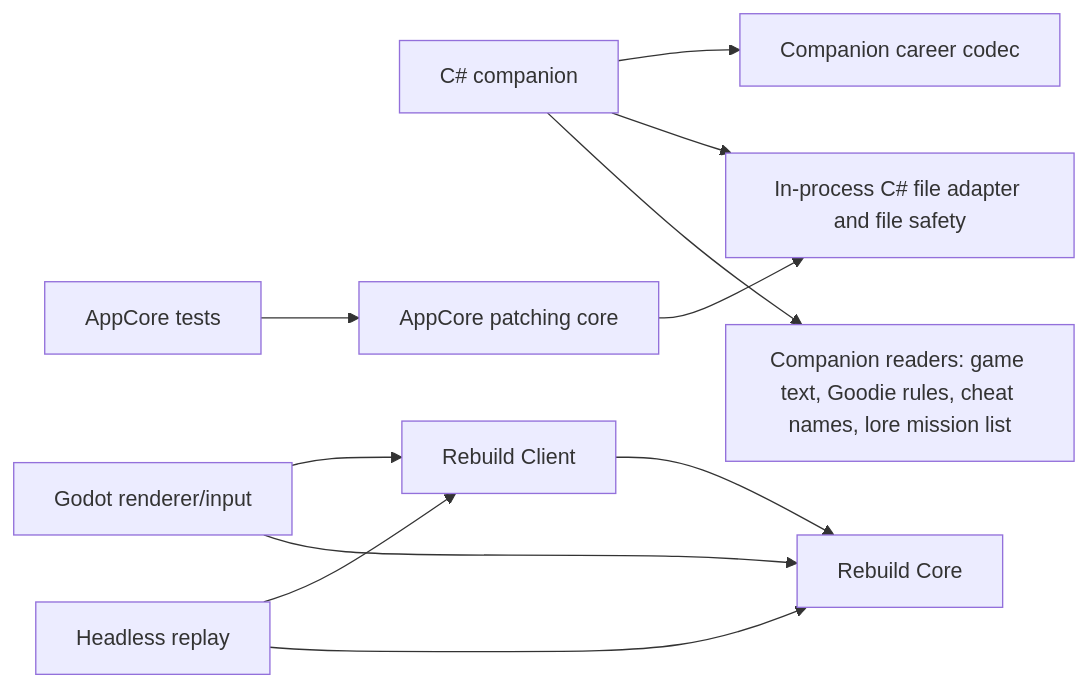
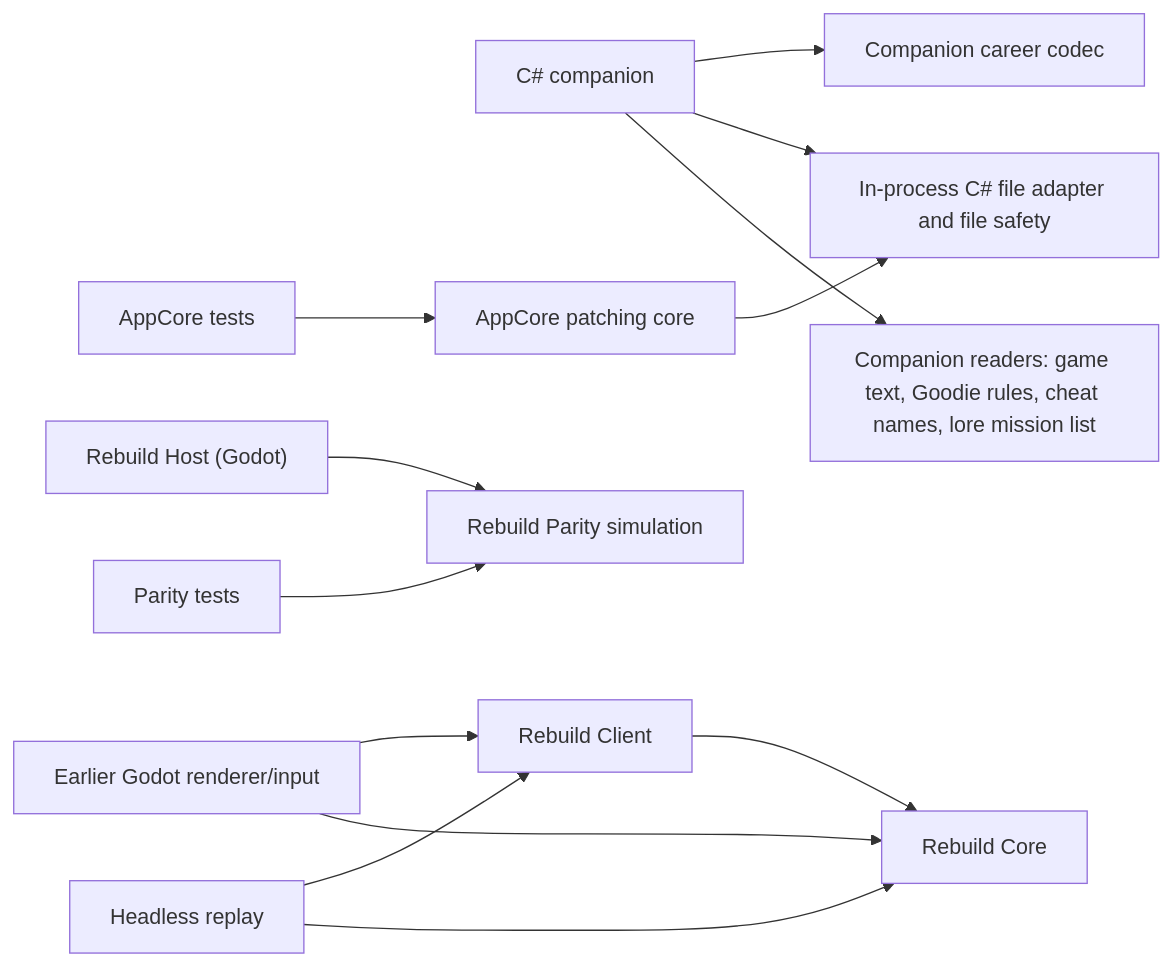
One commit to dlprentice/Onslaught-Career-Editor changed the diagram in PROJECT-INDEX.md. Above: the diagram before and after it, drawn with Mermaid. The commit also changed other lines of this file and 6 other files, not shown here.

````diff
--- a/PROJECT-INDEX.md
+++ b/PROJECT-INDEX.md
@@ -19,13 +19,15 @@
 ```mermaid
 flowchart LR
     T["C# companion"] --> D["Companion career codec"]
     T --> B["In-process C# file adapter and file safety"]
     T --> L["Companion readers: game text, Goodie rules, cheat names, lore mission list"]
     A["AppCore patching core"] --> B
     AT["AppCore tests"] --> A
-    G["Godot renderer/input"] --> RC["Rebuild Client"]
+    HO["Rebuild Host (Godot)"] --> P["Rebuild Parity simulation"]
+    PT["Parity tests"] --> P
+    G["Earlier Godot renderer/input"] --> RC["Rebuild Client"]
     G --> RCore["Rebuild Core"]
     H["Headless replay"] --> RC
     H --> RCore
     RC --> RCore
 ```
````
